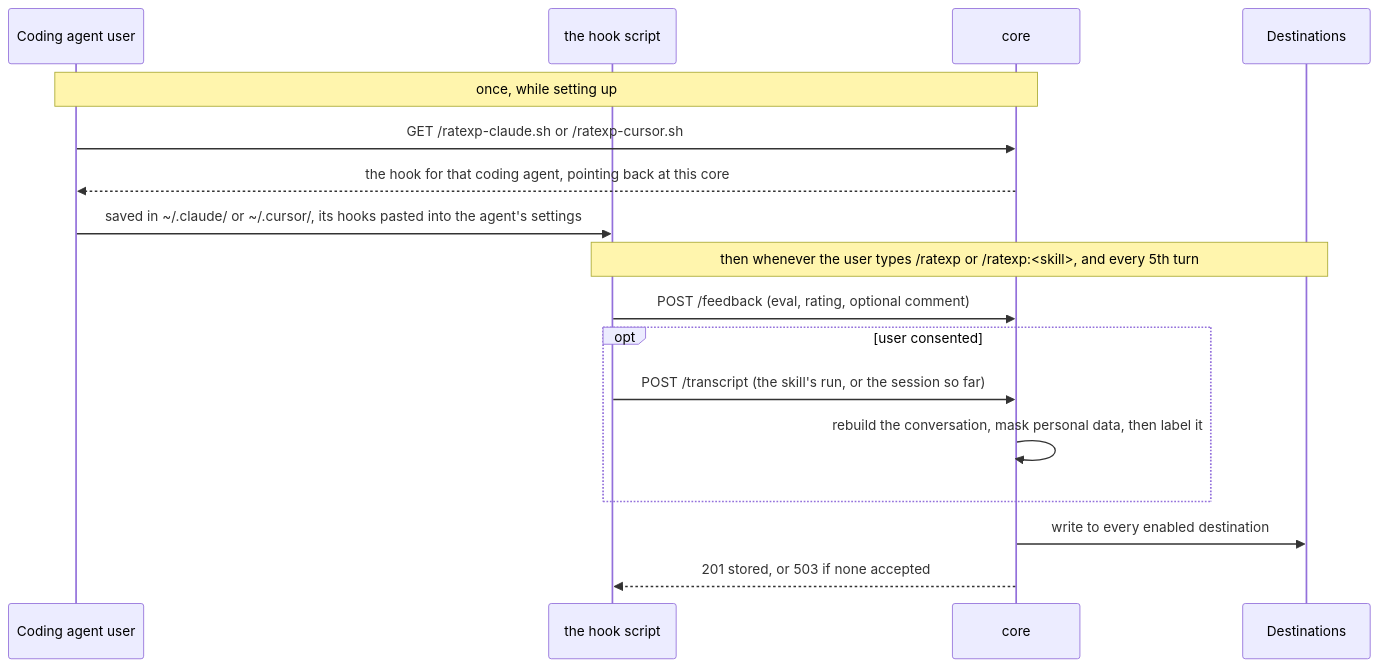
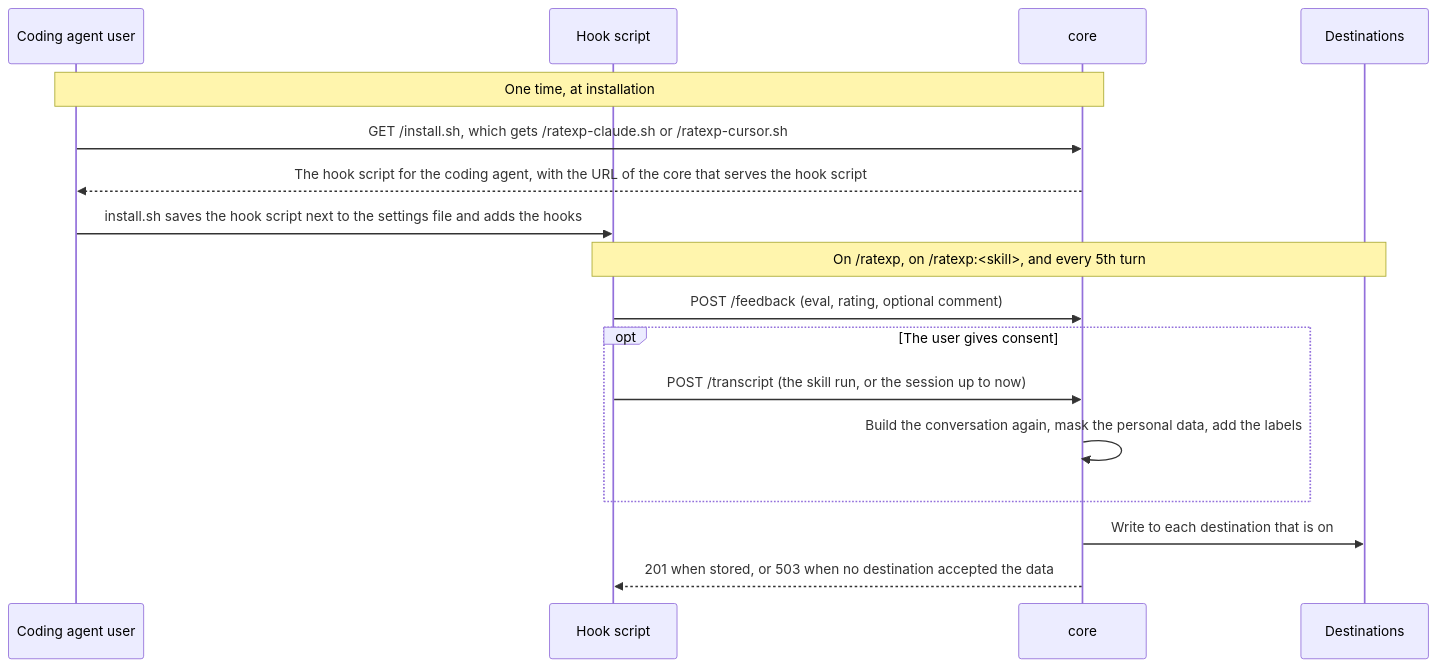
Before and after one commit to HikmetB1/RateXp: the diagram in README.md, drawn with Mermaid. The commit also changed other lines of this file, not shown here.

Commit message:
docs: rewrite README.md in Simplified Technical English style - the problem and how RateXp solves it, the install commands as tabs, the rating commands in terminal blocks, Available human evals, Destinations and Tested sections, and shared sections that the other doc pages show

````diff
--- a/README.md
+++ b/README.md
@@ -136,21 +183,21 @@
 ```mermaid
 sequenceDiagram
     participant A as Coding agent user
-    participant H as the hook script
+    participant H as Hook script
     participant C as core
     participant D as Destinations
 
-    Note over A,C: once, while setting up
-    A->>C: GET /ratexp-claude.sh or /ratexp-cursor.sh
-    C-->>A: the hook for that coding agent, pointing back at this core
-    A->>H: saved in ~/.claude/ or ~/.cursor/, its hooks pasted into the agent's settings
+    Note over A,C: One time, at installation
+    A->>C: GET /install.sh, which gets /ratexp-claude.sh or /ratexp-cursor.sh
+    C-->>A: The hook script for the coding agent, with the URL of the core that serves the hook script
+    A->>H: install.sh saves the hook script next to the settings file and adds the hooks
 
-    Note over H,D: then whenever the user types /ratexp or /ratexp:<skill>, and every 5th turn
+    Note over H,D: On /ratexp, on /ratexp:<skill>, and every 5th turn
     H->>C: POST /feedback (eval, rating, optional comment)
-    opt user consented
-        H->>C: POST /transcript (the skill's run, or the session so far)
-        C->>C: rebuild the conversation, mask personal data, then label it
+    opt The user gives consent
+        H->>C: POST /transcript (the skill run, or the session up to now)
+        C->>C: Build the conversation again, mask the personal data, add the labels
     end
-    C->>D: write to every enabled destination
-    C-->>H: 201 stored, or 503 if none accepted
+    C->>D: Write to each destination that is on
+    C-->>H: 201 when stored, or 503 when no destination accepted the data
 ```
````
